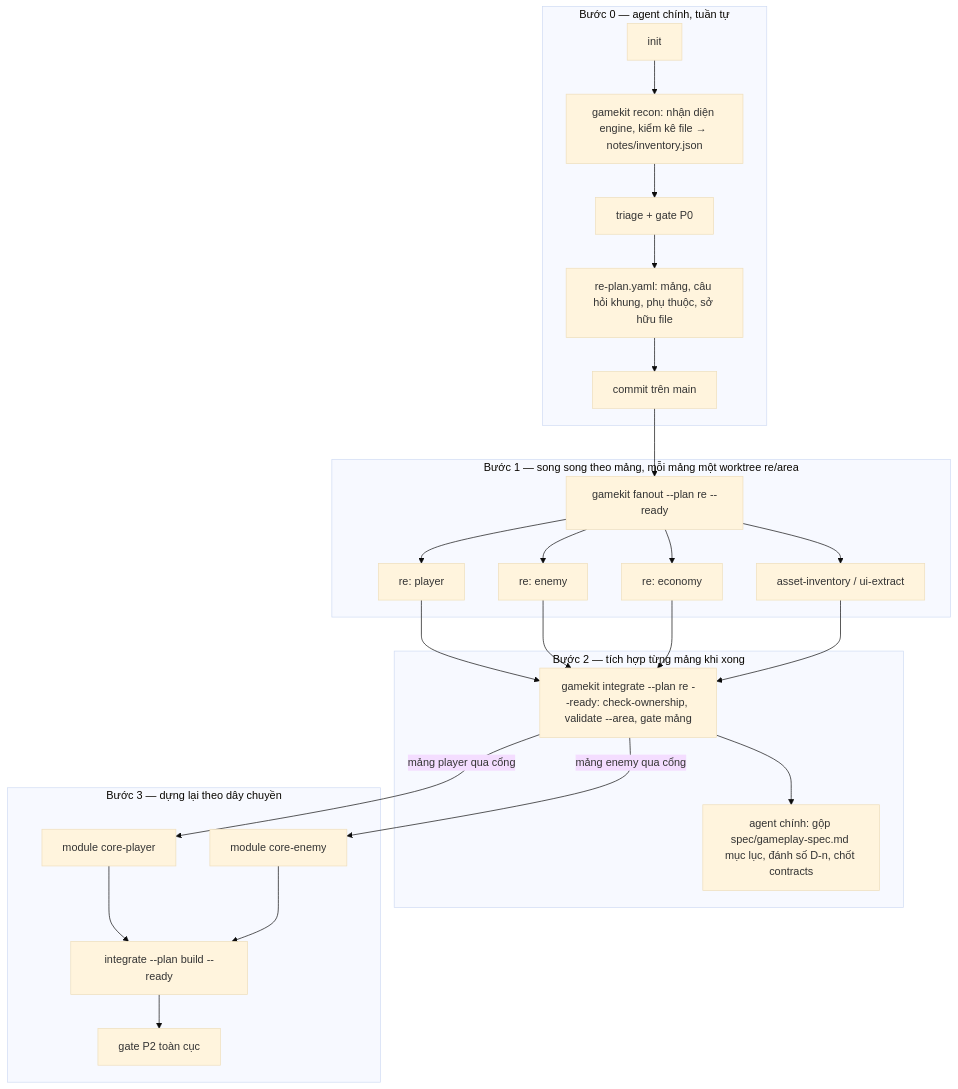
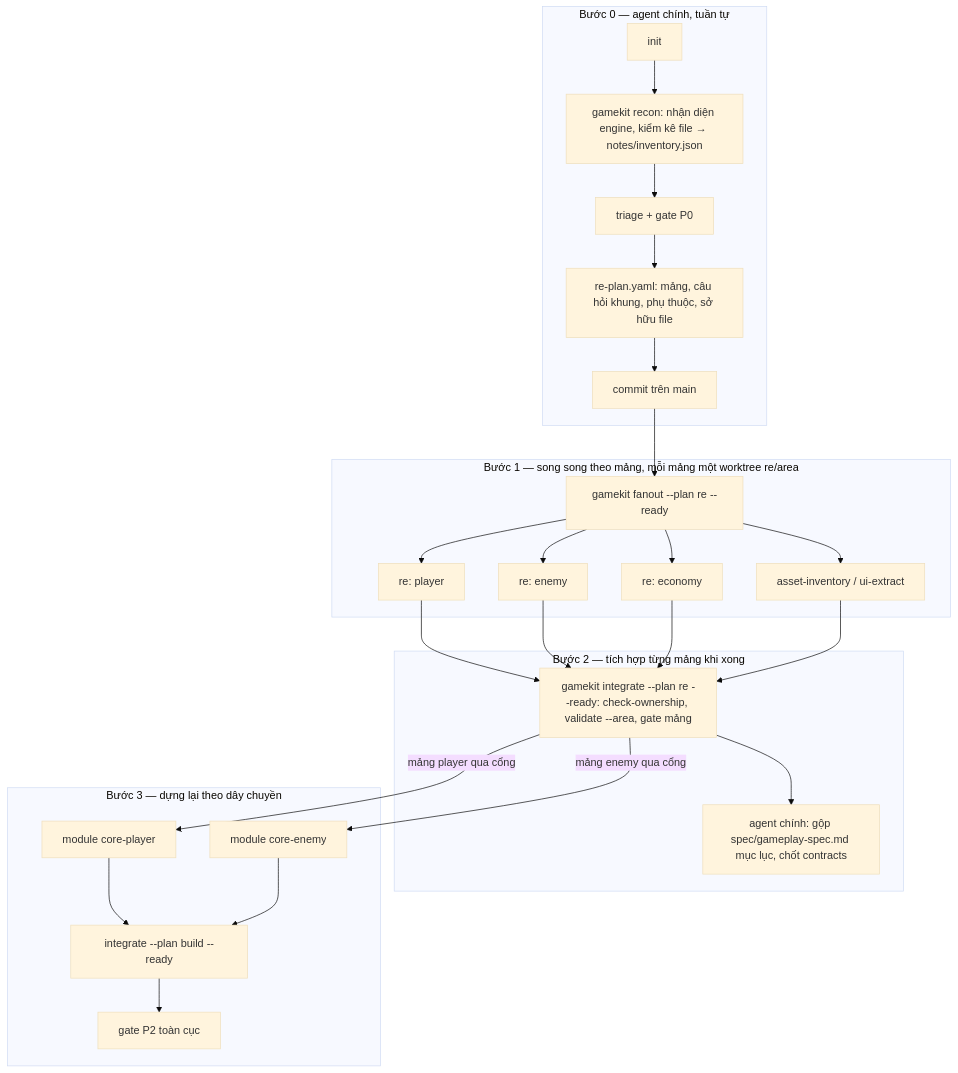
One commit to PhamVanDat98/gamekit changed the second of 2 diagrams in docs/re-process-review.md. Above: the diagram before and after it, drawn with Mermaid (base theme). The commit also changed other lines of this file and 12 other files, not shown here.

````diff
--- a/docs/re-process-review.md
+++ b/docs/re-process-review.md
@@ -177,25 +177,25 @@
 ```mermaid
 flowchart TB
   subgraph A[Bước 0 — agent chính, tuần tự]
     I[init] --> RC[gamekit recon: nhận diện engine, kiểm kê file → notes/inventory.json]
     RC --> TR[triage + gate P0]
     TR --> PL[re-plan.yaml: mảng, câu hỏi khung, phụ thuộc, sở hữu file]
     PL --> CM[commit trên main]
   end
   subgraph B[Bước 1 — song song theo mảng, mỗi mảng một worktree re/area]
     CM --> F1[gamekit fanout --plan re --ready]
     F1 --> X1[re: player]
     F1 --> X2[re: enemy]
     F1 --> X3[re: economy]
     F1 --> X4[asset-inventory / ui-extract]
   end
   subgraph C[Bước 2 — tích hợp từng mảng khi xong]
     X1 & X2 & X3 & X4 --> IG[gamekit integrate --plan re --ready: check-ownership, validate --area, gate mảng]
-    IG --> SP[agent chính: gộp spec/gameplay-spec.md mục lục, đánh số D-n, chốt contracts]
+    IG --> SP[agent chính: gộp spec/gameplay-spec.md mục lục, chốt contracts]
   end
   subgraph D[Bước 3 — dựng lại theo dây chuyền]
     IG -->|mảng player qua cổng| M1[module core-player]
     IG -->|mảng enemy qua cổng| M2[module core-enemy]
     M1 & M2 --> IP[integrate --plan build --ready] --> G2[gate P2 toàn cục]
   end
 ```
````
